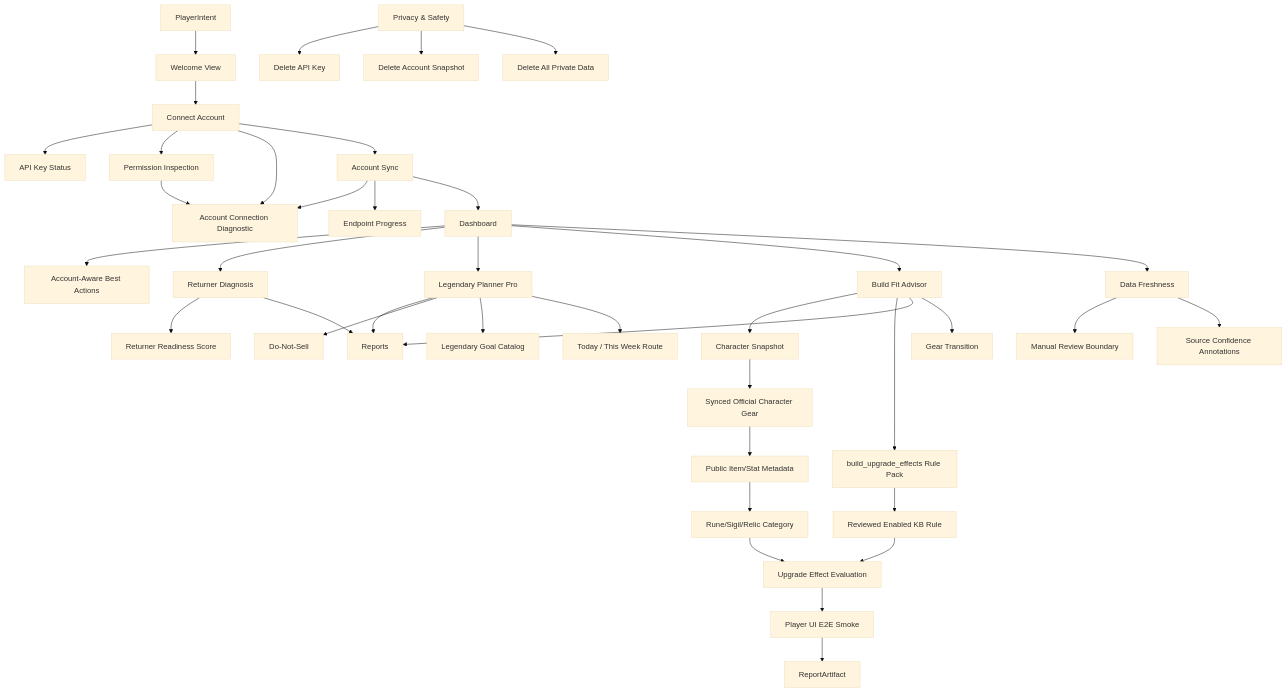
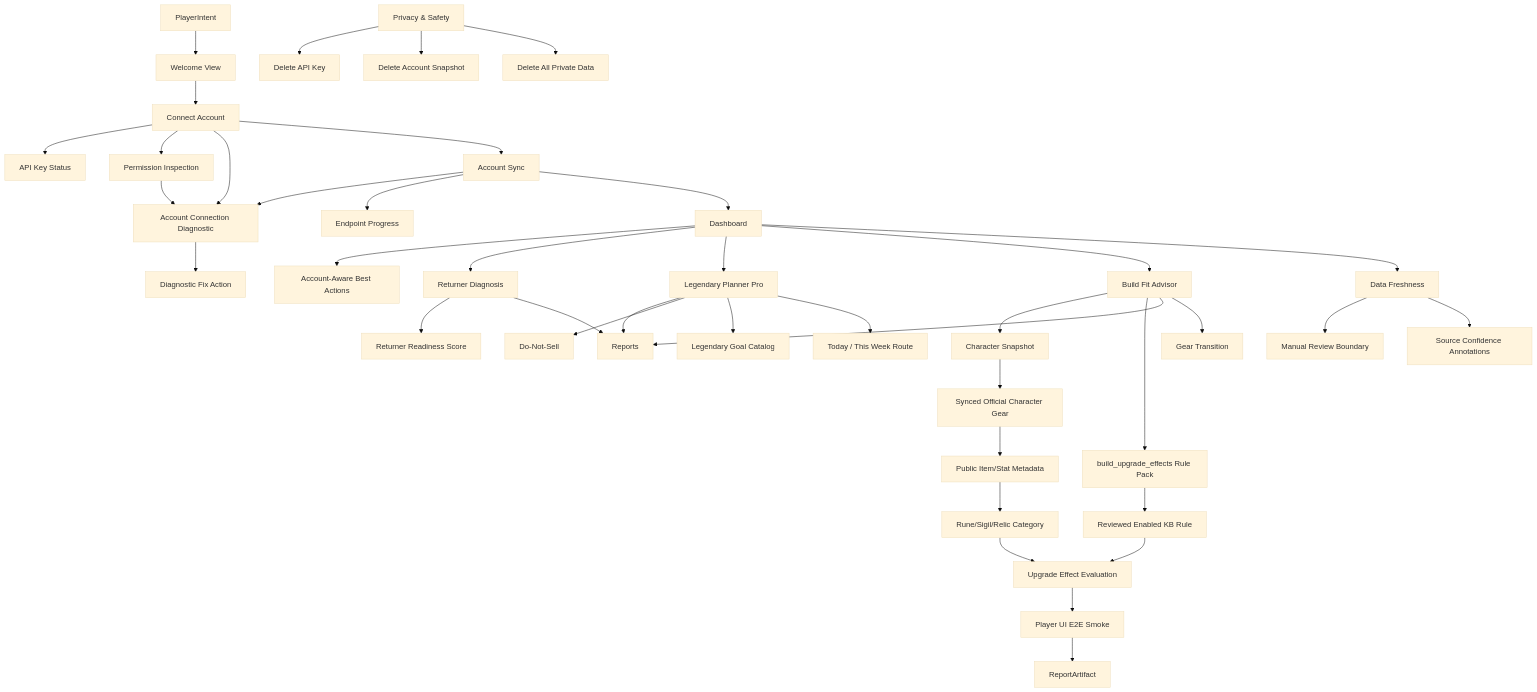
Before and after one commit to johnslee1207-commits/gw2radar: the diagram in docs/ui/PLAYER_UI_SEMANTIC_GRAPH_AUDIT.md, drawn with Mermaid (base theme). The commit also changed other lines of this file and 6 other files, not shown here.

Commit message:
Improve account diagnostic remediation

````diff
--- a/docs/ui/PLAYER_UI_SEMANTIC_GRAPH_AUDIT.md
+++ b/docs/ui/PLAYER_UI_SEMANTIC_GRAPH_AUDIT.md
@@ -9,41 +9,42 @@
 ```mermaid
 graph TD
   PlayerIntent["PlayerIntent"] --> Welcome["Welcome View"]
   Welcome --> Connect["Connect Account"]
   Connect --> AccountKey["API Key Status"]
   Connect --> PermissionInspection["Permission Inspection"]
   Connect --> AccountConnectionDiagnostic["Account Connection Diagnostic"]
+  AccountConnectionDiagnostic --> DiagnosticFixAction["Diagnostic Fix Action"]
   Connect --> AccountSync["Account Sync"]
   PermissionInspection --> AccountConnectionDiagnostic
   AccountSync --> AccountConnectionDiagnostic
   AccountSync --> EndpointProgress["Endpoint Progress"]
   AccountSync --> Dashboard["Dashboard"]
   Dashboard --> BestActions["Account-Aware Best Actions"]
   Dashboard --> Returner["Returner Diagnosis"]
   Returner --> ReturnerReadiness["Returner Readiness Score"]
   Dashboard --> Legendary["Legendary Planner Pro"]
   Dashboard --> BuildFit["Build Fit Advisor"]
   BuildFit --> CharacterSnapshot["Character Snapshot"]
   CharacterSnapshot --> SyncedCharacterGear["Synced Official Character Gear"]
   SyncedCharacterGear --> PublicItemMetadata["Public Item/Stat Metadata"]
   PublicItemMetadata --> GearSemanticCategory["Rune/Sigil/Relic Category"]
   GearSemanticCategory --> UpgradeEffectEvaluation["Upgrade Effect Evaluation"]
   BuildFit --> BuildUpgradeRulePack["build_upgrade_effects Rule Pack"]
   BuildUpgradeRulePack --> KBRule
   KBRule["Reviewed Enabled KB Rule"] --> UpgradeEffectEvaluation
   UpgradeEffectEvaluation --> PlayerUiE2ESmoke["Player UI E2E Smoke"]
   PlayerUiE2ESmoke --> ReportArtifact
   Dashboard --> Freshness["Data Freshness"]
   Returner --> ReportCenter["Reports"]
   Legendary --> ReportCenter
   BuildFit --> ReportCenter
   Legendary --> DoNotSell["Do-Not-Sell"]
   Legendary --> LegendaryGoalCatalog["Legendary Goal Catalog"]
   Legendary --> LegendaryWeeklyRoute["Today / This Week Route"]
   BuildFit --> GearTransition["Gear Transition"]
   Freshness --> SafetyBoundary["Manual Review Boundary"]
   Freshness --> SourceConfidence["Source Confidence Annotations"]
   Privacy["Privacy & Safety"] --> DeleteKey["Delete API Key"]
   Privacy --> DeleteSnapshot["Delete Account Snapshot"]
   Privacy --> DeleteAllPrivate["Delete All Private Data"]
 ```
````
